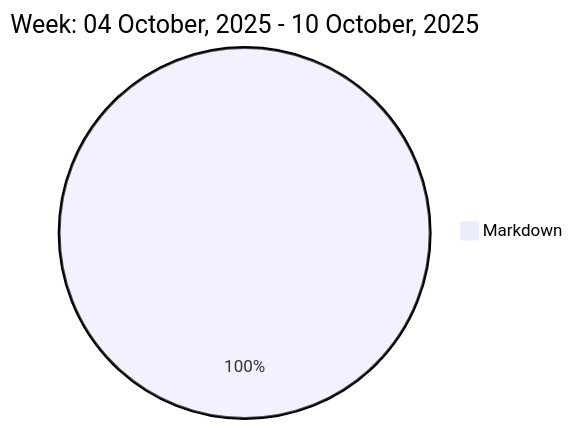
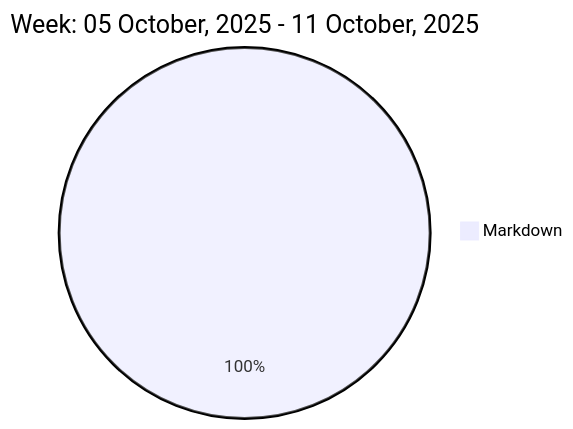
Before and after one commit to liubin95/liubin95: the diagram in README.md, drawn with Mermaid.

Commit message:
Updated the Graph with new Metrics

````diff
--- a/README.md
+++ b/README.md
@@ -37,5 +37,5 @@
 ```mermaid
  pie
-title Week: 04 October, 2025 - 10 October, 2025
- "Markdown" : 1.07
+title Week: 05 October, 2025 - 11 October, 2025
+ "Markdown" : 1.13
 ```
````
